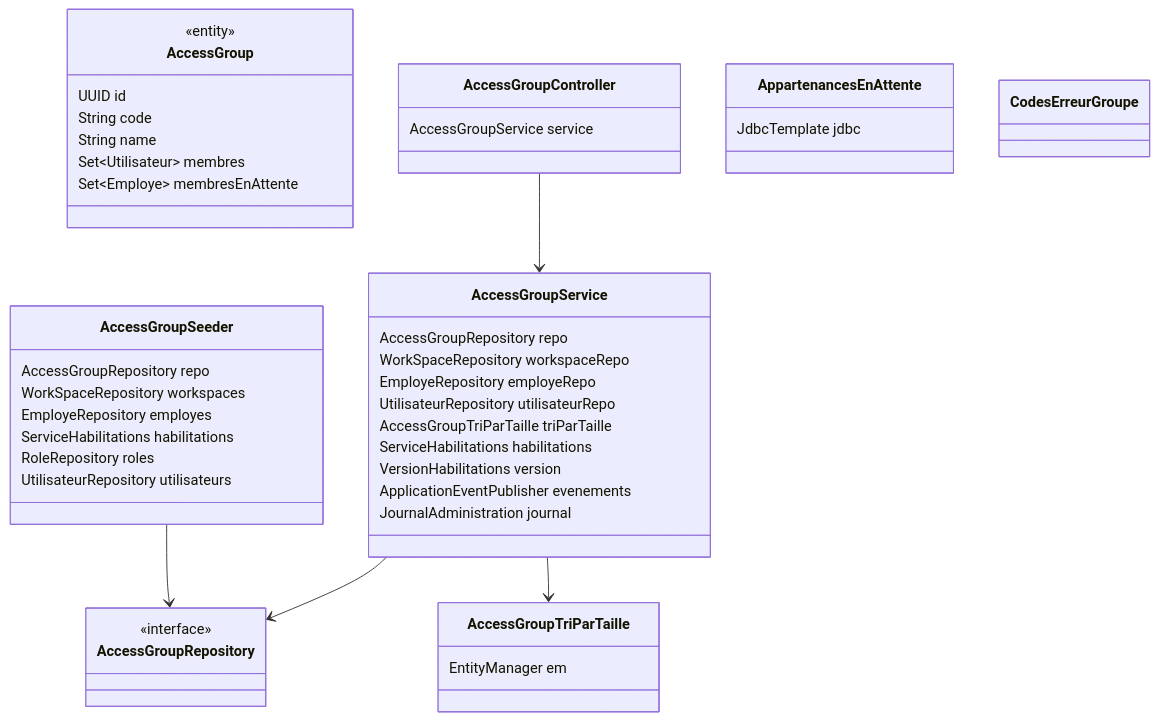
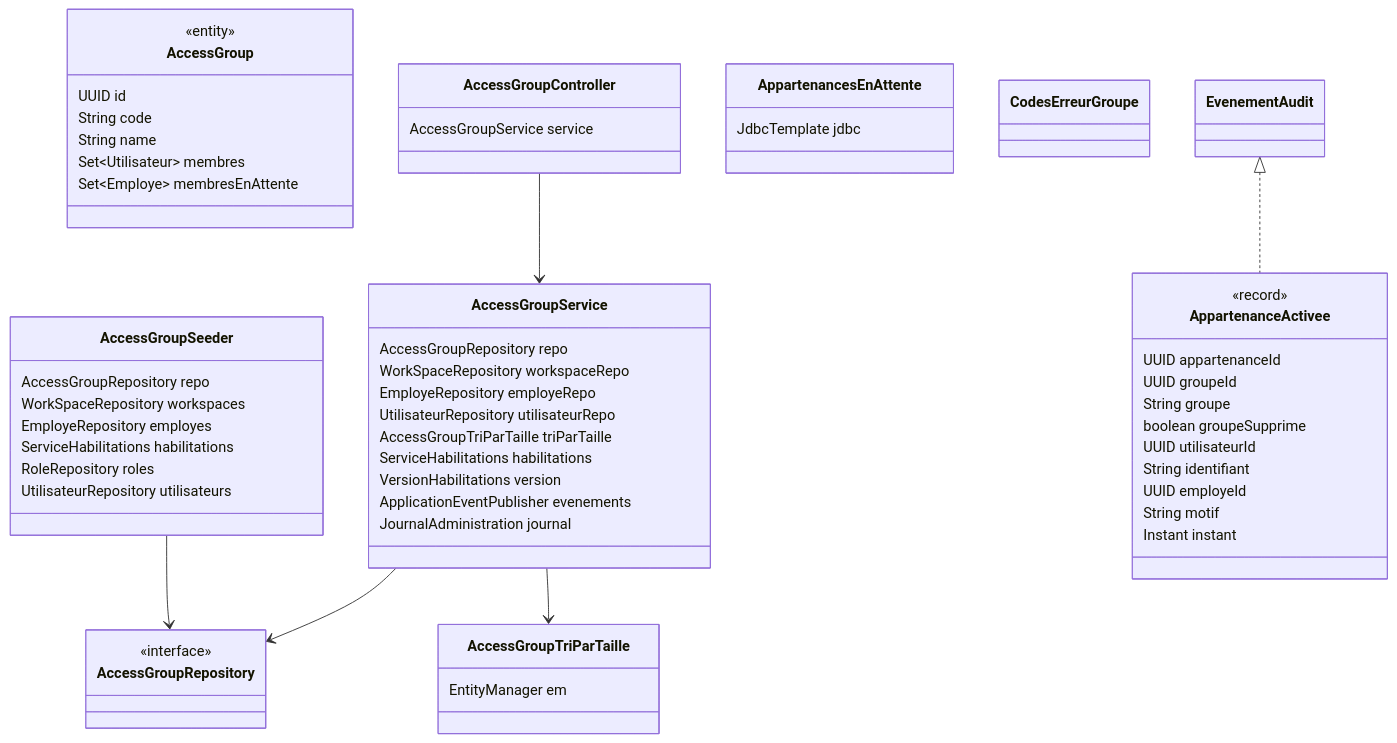
One commit to abddou2000/GED changed the fourth of 23 diagrams in docs/modelisation/CLASSES.md. Above: the diagram before and after it, drawn with Mermaid. The commit also changed other lines of this file and 8 other files, not shown here.

````diff
--- a/docs/modelisation/CLASSES.md
+++ b/docs/modelisation/CLASSES.md
@@ -528,48 +529,61 @@
 ```mermaid
 classDiagram
   class AccessGroup {
     <<entity>>
     UUID id
     String code
     String name
     Set~Utilisateur~ membres
     Set~Employe~ membresEnAttente
   }
   class AccessGroupController {
     AccessGroupService service
   }
   class AccessGroupRepository {
     <<interface>>
   }
   class AccessGroupSeeder {
     AccessGroupRepository repo
     WorkSpaceRepository workspaces
     EmployeRepository employes
     ServiceHabilitations habilitations
     RoleRepository roles
     UtilisateurRepository utilisateurs
   }
   class AccessGroupService {
     AccessGroupRepository repo
     WorkSpaceRepository workspaceRepo
     EmployeRepository employeRepo
     UtilisateurRepository utilisateurRepo
     AccessGroupTriParTaille triParTaille
     ServiceHabilitations habilitations
     VersionHabilitations version
     ApplicationEventPublisher evenements
     JournalAdministration journal
   }
   class AccessGroupTriParTaille {
     EntityManager em
   }
+  class AppartenanceActivee {
+    <<record>>
+    UUID appartenanceId
+    UUID groupeId
+    String groupe
+    boolean groupeSupprime
+    UUID utilisateurId
+    String identifiant
+    UUID employeId
+    String motif
+    Instant instant
+  }
   class AppartenancesEnAttente {
     JdbcTemplate jdbc
   }
   class CodesErreurGroupe {
   }
   AccessGroupController --> AccessGroupService
   AccessGroupSeeder --> AccessGroupRepository
   AccessGroupService --> AccessGroupRepository
   AccessGroupService --> AccessGroupTriParTaille
+  EvenementAudit <|.. AppartenanceActivee
 ```
````
